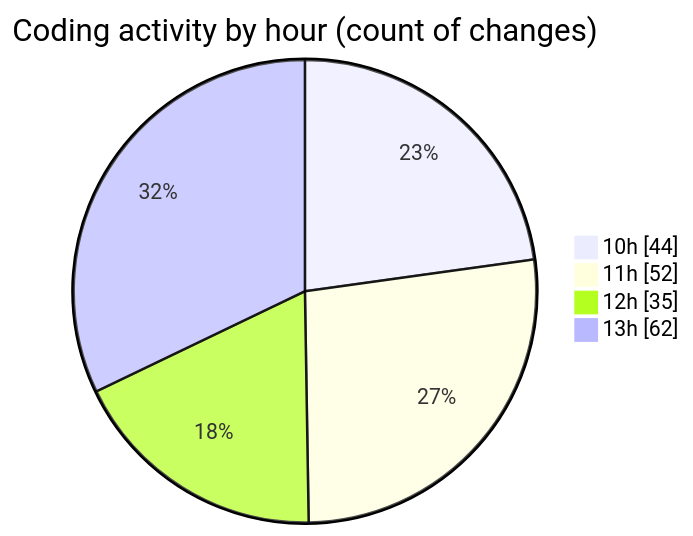
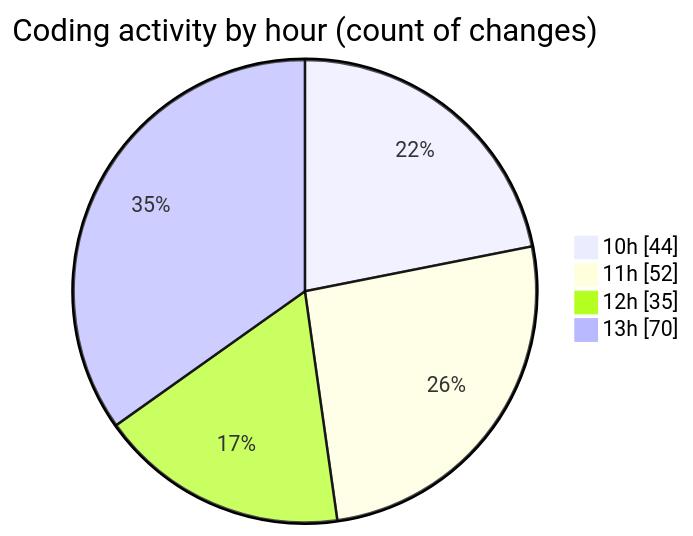
Before and after one commit to momahboobian/code-tracking: the second of 2 diagrams in 2025-08-28/cda/README.md, drawn with Mermaid. The commit also changed other lines of this file and 1 other file, not shown here.

````diff
--- a/2025-08-28/cda/README.md
+++ b/2025-08-28/cda/README.md
@@ -35,8 +36,8 @@
 ```mermaid
 pie showData
 title Coding activity by hour (count of changes)
 "10h" : 44
 "11h" : 52
 "12h" : 35
-"13h" : 62
+"13h" : 70
 ```
````
